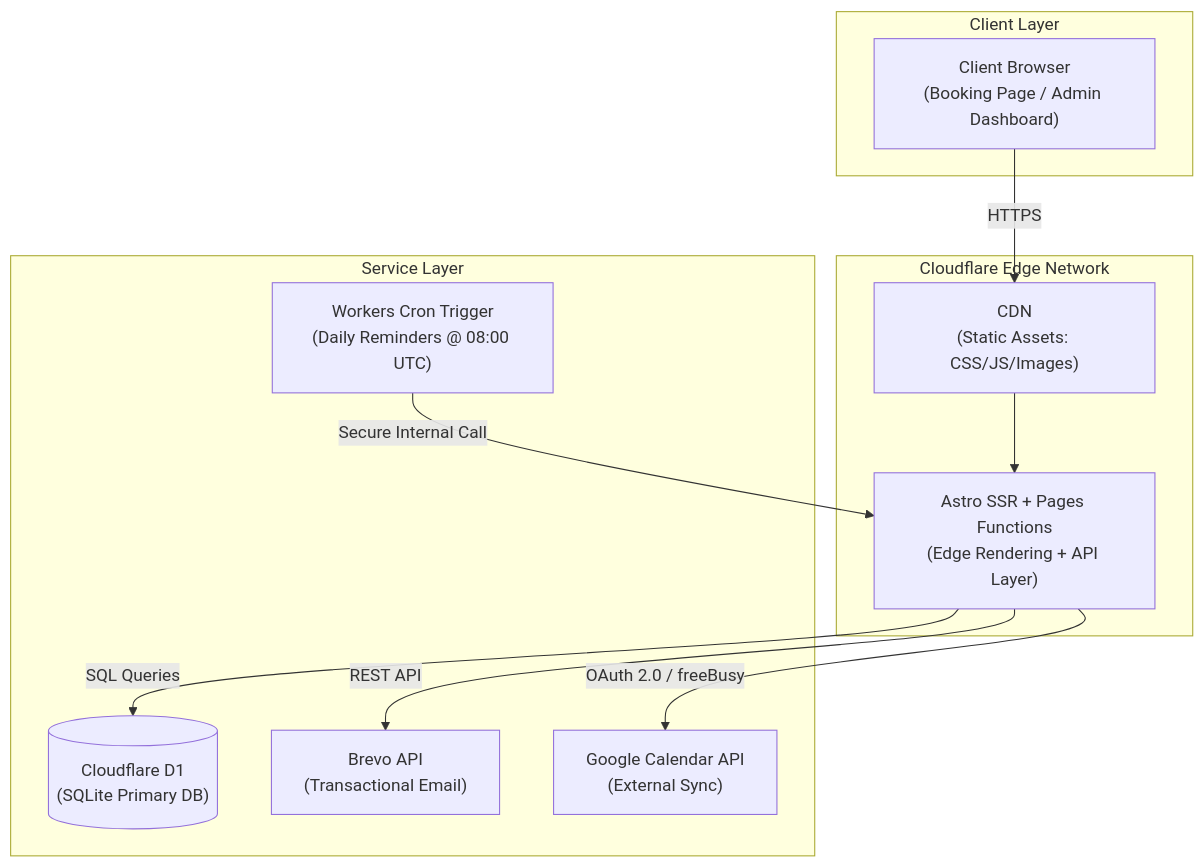
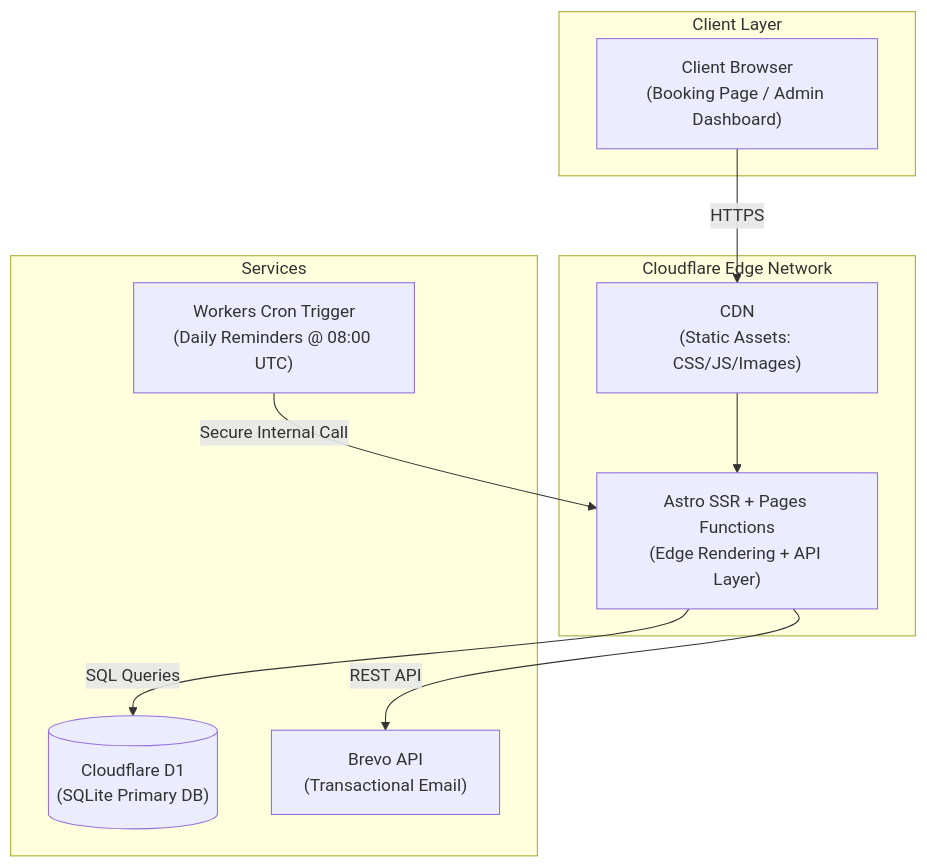
Before and after one commit to SASS-Killers/OpenSchedule: the first of 6 diagrams in prd/system-design.md, drawn with Mermaid. The commit also changed other lines of this file and 12 other files, not shown here.

Commit message:
remove all google calendar api references - conflict detection from d1 only

````diff
--- a/prd/system-design.md
+++ b/prd/system-design.md
@@ -135,25 +134,23 @@
 ```mermaid
 graph TB
     subgraph Client["Client Layer"]
         Browser["Client Browser<br/>(Booking Page / Admin Dashboard)"]
     end
 
     subgraph Cloudflare["Cloudflare Edge Network"]
         CDN["CDN<br/>(Static Assets: CSS/JS/Images)"]
         SSR["Astro SSR + Pages Functions<br/>(Edge Rendering + API Layer)"]
         CDN --> SSR
     end
 
-    subgraph Services["Service Layer"]
+    subgraph Services["Services"]
         D1[("Cloudflare D1<br/>(SQLite Primary DB)")]
         Brevo["Brevo API<br/>(Transactional Email)"]
-        Google["Google Calendar API<br/>(External Sync)"]
         Cron["Workers Cron Trigger<br/>(Daily Reminders @ 08:00 UTC)"]
     end
 
     Browser -- "HTTPS" --> CDN
     SSR -- "SQL Queries" --> D1
     SSR -- "REST API" --> Brevo
-    SSR -- "OAuth 2.0 / freeBusy" --> Google
     Cron -- "Secure Internal Call" --> SSR
 ```
````
